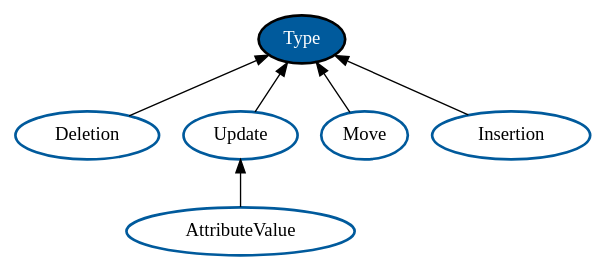
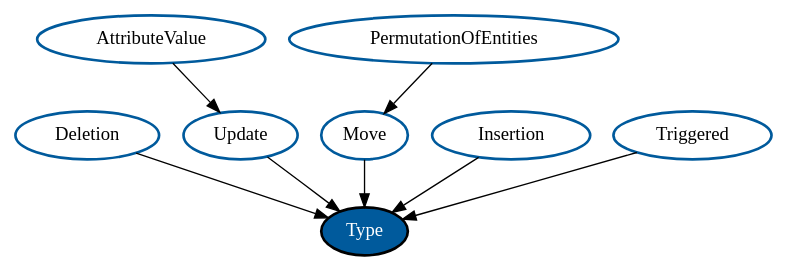
Before and after one commit to binfalse/COMODI: the diagram in doc/type.dot, drawn with Graphviz. The commit also changed 9 other files, not shown here.

```diff
--- a/doc/type.dot
+++ b/doc/type.dot
@@ -1,15 +1,16 @@
 digraph intro {
-rankdir=BT;
+rankdir=TB;
 edge [len=2];
 node [color="#005A9C",fontname = "DejaVu Sans Mono bold", style="bold"];
 
 top [color="#000000", style="filled,bold", fillcolor="#005A9C", fontcolor="#ffffff", label="Type"];
 
 
 
 "Deletion" -> top;
 "AttributeValue" -> "Update" -> top;
-"Move" -> top;
+"PermutationOfEntities" -> "Move" -> top;
 "Insertion" -> top;
+"Triggered" -> top;
 
 }
```
